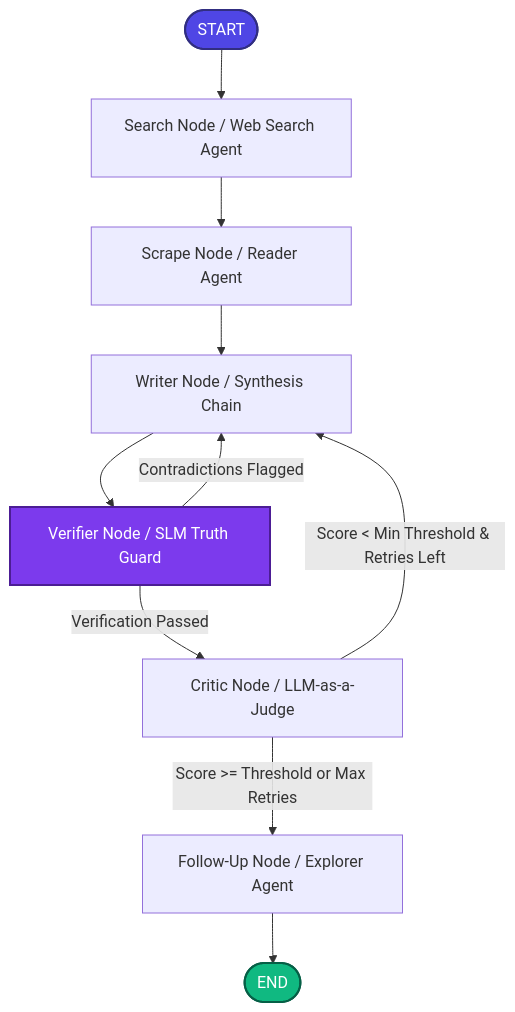
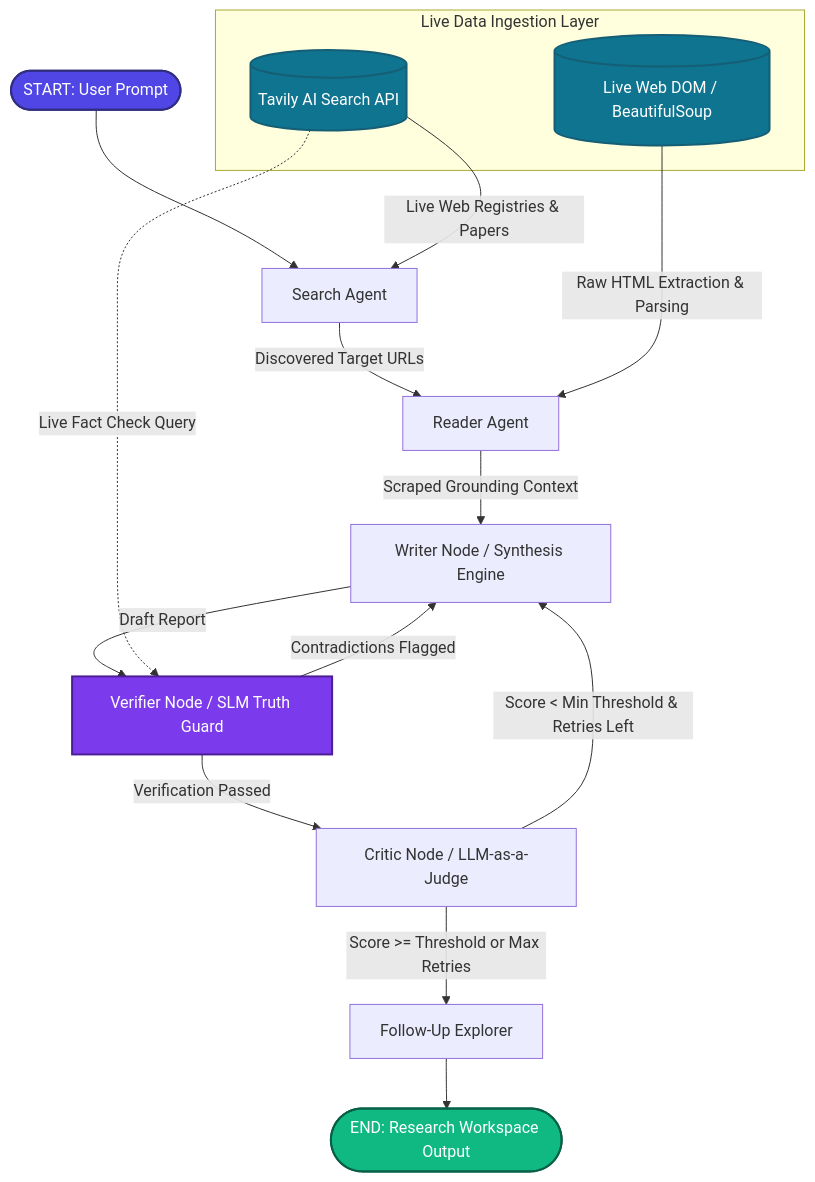
Before and after one commit to shayanazmi/Thoth: the diagram in README.md, drawn with Mermaid. The commit also changed other lines of this file, not shown here.

Commit message:
docs: update architecture with Tavily and BeautifulSoup data pipeline

````diff
--- a/README.md
+++ b/README.md
@@ -23,19 +23,32 @@
 ```mermaid
 graph TD
-    START([START]) --> Search[Search Node / Web Search Agent]
-    Search --> Scrape[Scrape Node / Reader Agent]
-    Scrape --> Writer[Writer Node / Synthesis Chain]
-    Writer --> Verifier[Verifier Node / SLM Truth Guard]
+    START([START: User Prompt]) --> Search[Search Agent]
+    
+    subgraph Data_Sources [Live Data Ingestion Layer]
+        Tavily[(Tavily AI Search API)]
+        WebDOM[(Live Web DOM / BeautifulSoup)]
+    end
+    
+    Tavily -->|Live Web Registries & Papers| Search
+    Search -->|Discovered Target URLs| Scrape[Reader Agent]
+    WebDOM -->|Raw HTML Extraction & Parsing| Scrape
+    
+    Scrape -->|Scraped Grounding Context| Writer[Writer Node / Synthesis Engine]
+    Writer -->|Draft Report| Verifier[Verifier Node / SLM Truth Guard]
+    
+    Tavily -.->|Live Fact Check Query| Verifier
     
     Verifier -->|Contradictions Flagged| Writer
     Verifier -->|Verification Passed| Critic[Critic Node / LLM-as-a-Judge]
     
     Critic -->|Score < Min Threshold & Retries Left| Writer
-    Critic -->|Score >= Threshold or Max Retries| FollowUp[Follow-Up Node / Explorer Agent]
+    Critic -->|Score >= Threshold or Max Retries| FollowUp[Follow-Up Explorer]
     
-    FollowUp --> END([END])
+    FollowUp --> END([END: Research Workspace Output])
     
     style START fill:#4F46E5,stroke:#312E81,stroke-width:2px,color:#fff
     style END fill:#10B981,stroke:#065F46,stroke-width:2px,color:#fff
     style Verifier fill:#7C3AED,stroke:#4C1D95,stroke-width:2px,color:#fff
+    style Tavily fill:#0E7490,stroke:#155E75,stroke-width:2px,color:#fff
+    style WebDOM fill:#0E7490,stroke:#155E75,stroke-width:2px,color:#fff
 ```
````
